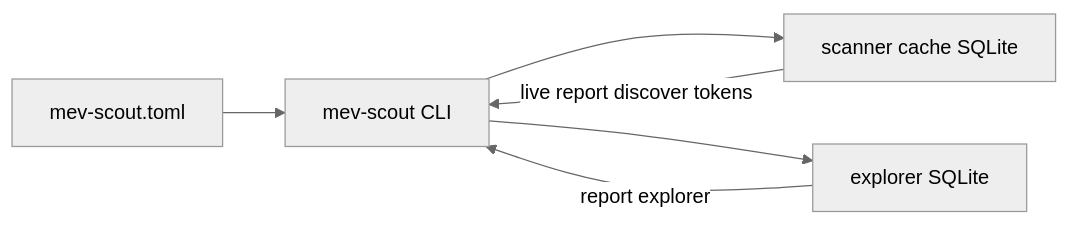
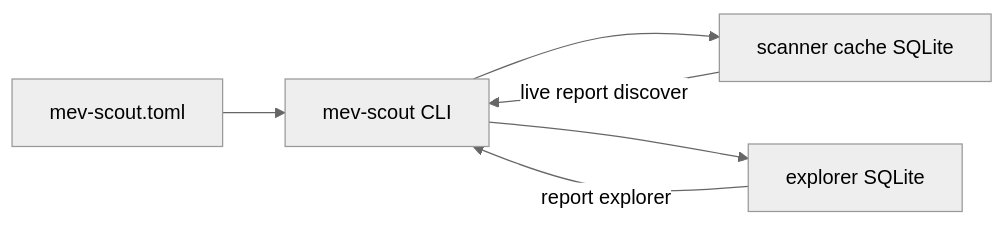
One commit to moha-moradi/mev-scout changed the second of 11 diagrams in docs/ARCHITECTURE.md. Above: the diagram before and after it, drawn with Mermaid (neutral theme). The commit also changed other lines of this file and 21 other files, not shown here.

````diff
--- a/docs/ARCHITECTURE.md
+++ b/docs/ARCHITECTURE.md
@@ -179,12 +196,12 @@
 ```mermaid
 flowchart LR
     toml[mev-scout.toml]
     cli[mev-scout CLI]
     cache[scanner cache SQLite]
     explorer[explorer SQLite]
     toml --> cli
     cli --> cache
     cli --> explorer
-    cache -->|"live report discover tokens"| cli
+    cache -->|"live report discover"| cli
     explorer -->|"report explorer"| cli
 ```
````
